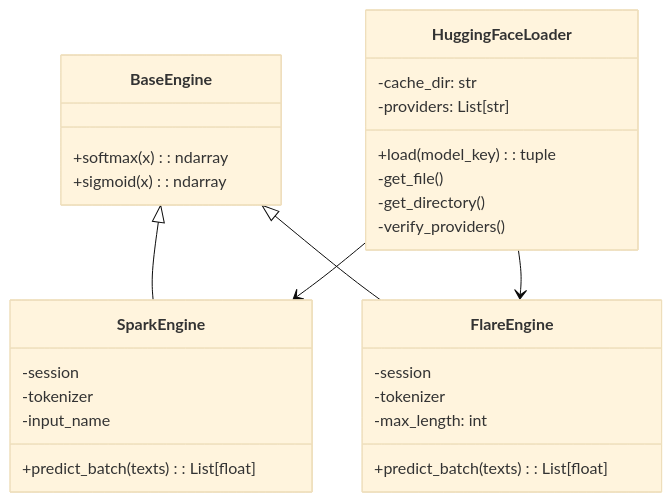
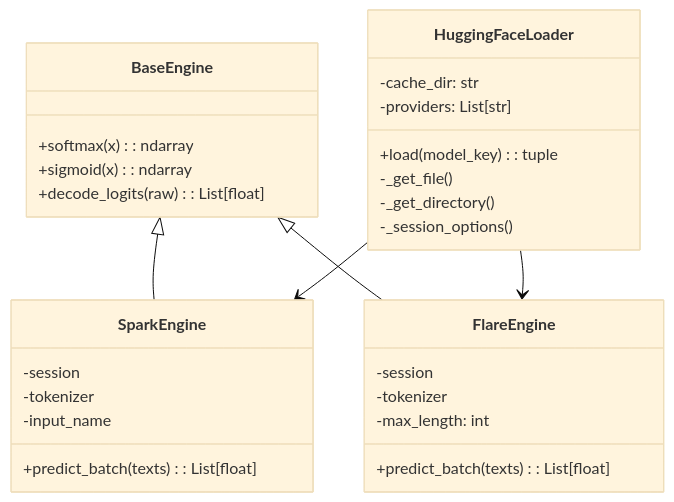
One commit to kunalPisolkar24/detectAI changed the second of 2 diagrams in services/inference/docs/components/models.md. Above: the diagram before and after it, drawn with Mermaid (base theme). The commit also changed other lines of this file and 14 other files, not shown here.

````diff
--- a/services/inference/docs/components/models.md
+++ b/services/inference/docs/components/models.md
@@ -77,31 +80,32 @@
 ```mermaid
 classDiagram
     class BaseEngine {
         +softmax(x): ndarray
         +sigmoid(x): ndarray
+        +decode_logits(raw): List[float]
     }
     class SparkEngine {
         -session
         -tokenizer
         -input_name
         +predict_batch(texts): List[float]
     }
     class FlareEngine {
         -session
         -tokenizer
         -max_length: int
         +predict_batch(texts): List[float]
     }
     class HuggingFaceLoader {
         -cache_dir: str
         -providers: List[str]
         +load(model_key): tuple
-        -get_file()
-        -get_directory()
-        -verify_providers()
+        -_get_file()
+        -_get_directory()
+        -_session_options()
     }
     BaseEngine <|-- SparkEngine
     BaseEngine <|-- FlareEngine
     HuggingFaceLoader --> SparkEngine
     HuggingFaceLoader --> FlareEngine
 ```
````
